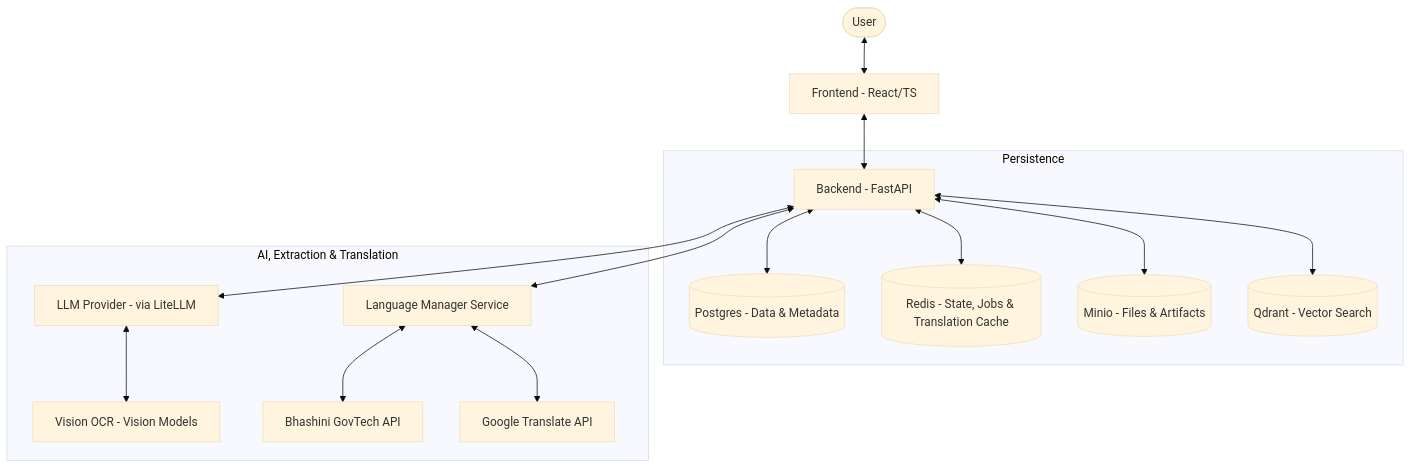
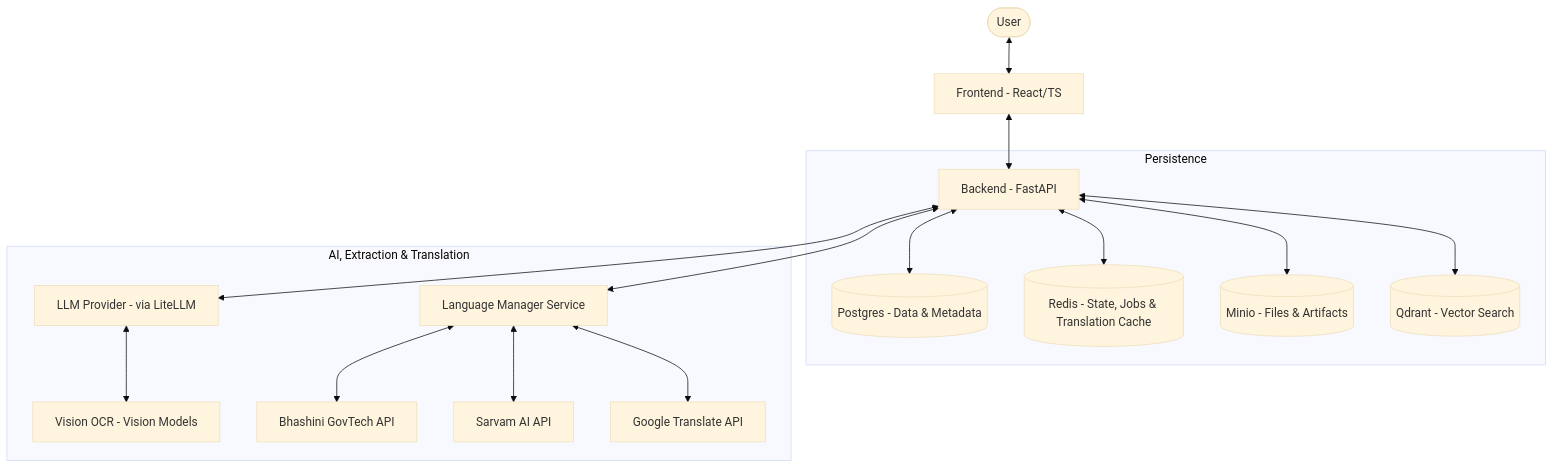
One commit to Hari31416/FormFoundry changed the diagram in docs/architecture/overview.md. Above: the diagram before and after it, drawn with Mermaid (base theme). The commit also changed other lines of this file and 10 other files, not shown here.

````diff
--- a/docs/architecture/overview.md
+++ b/docs/architecture/overview.md
@@ -9,20 +9,21 @@
 ```mermaid
 graph TD
     User([User]) <--> Frontend[Frontend - React/TS]
     Frontend <--> Backend[Backend - FastAPI]
 
     subgraph Persistence
         Backend <--> DB[(Postgres - Data & Metadata)]
         Backend <--> Cache[(Redis - State, Jobs & Translation Cache)]
         Backend <--> ObjectStore[(Minio - Files & Artifacts)]
         Backend <--> VectorDB[(Qdrant - Vector Search)]
     end
 
     subgraph "AI, Extraction & Translation"
         Backend <--> LLM[LLM Provider - via LiteLLM]
         LLM <--> OCR[Vision OCR - Vision Models]
         Backend <--> LangManager[Language Manager Service]
         LangManager <--> Bhashini[Bhashini GovTech API]
+        LangManager <--> Sarvam[Sarvam AI API]
         LangManager <--> Google[Google Translate API]
     end
 ```
````
